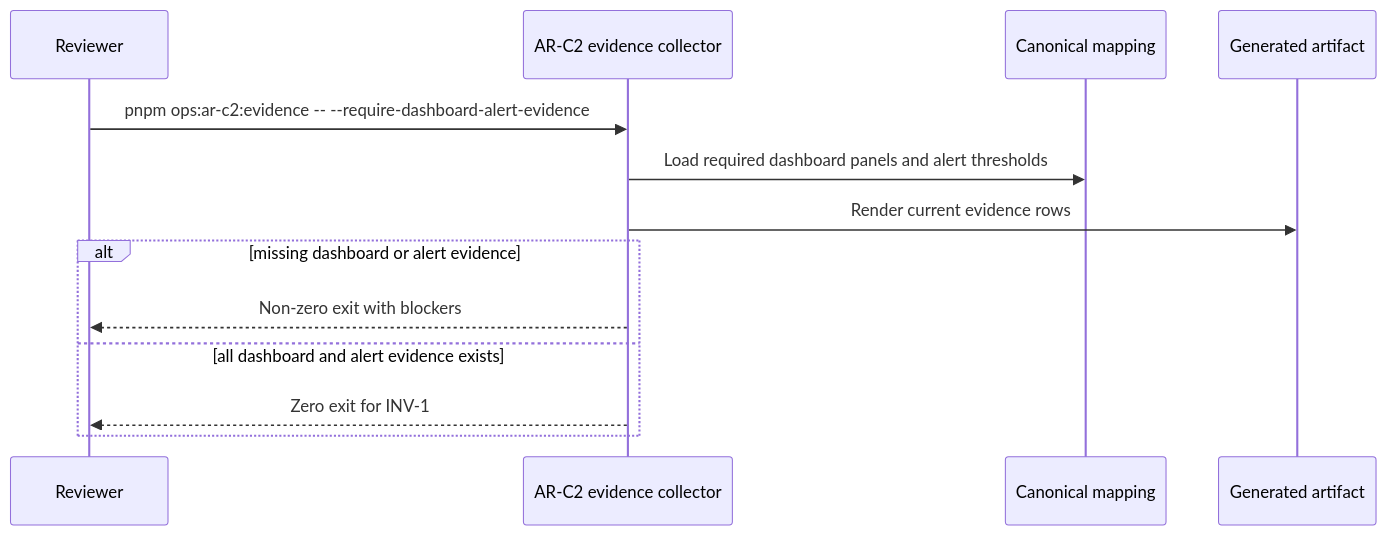
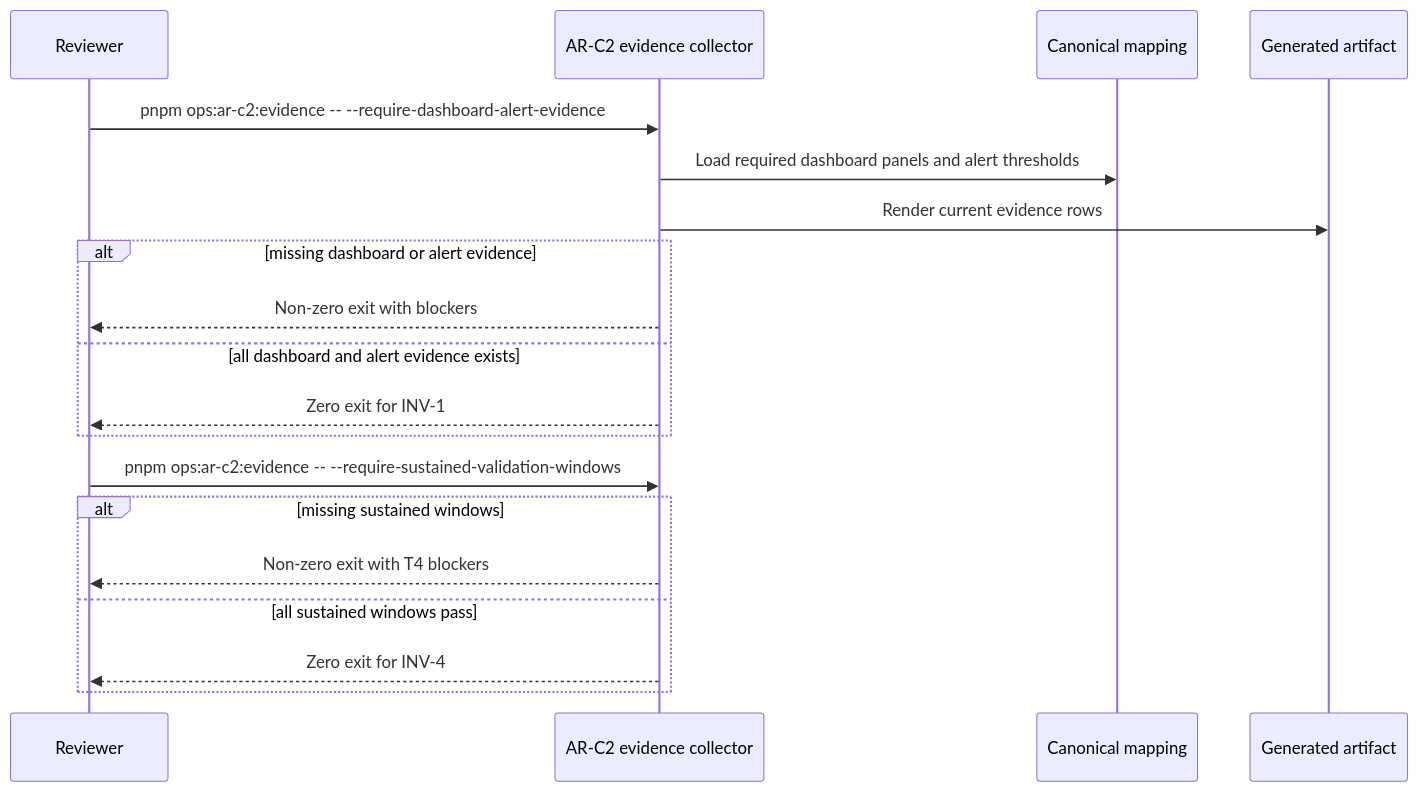
Before and after one commit to dunay2/dvt: the second of 2 diagrams in docs/architecture/components/engine/ops/ar-c2-immutable-evidence-gate-component.md, drawn with Mermaid. The commit also changed other lines of this file and 8 other files, not shown here.

Commit message:
fix(docs): Enforce AR-C2 sustained validation evidence

````diff
--- a/docs/architecture/components/engine/ops/ar-c2-immutable-evidence-gate-component.md
+++ b/docs/architecture/components/engine/ops/ar-c2-immutable-evidence-gate-component.md
@@ -94,16 +107,22 @@
 ```mermaid
 sequenceDiagram
   participant Reviewer
   participant Collector as AR-C2 evidence collector
   participant Mapping as Canonical mapping
   participant Artifact as Generated artifact
 
   Reviewer->>Collector: pnpm ops:ar-c2:evidence -- --require-dashboard-alert-evidence
   Collector->>Mapping: Load required dashboard panels and alert thresholds
   Collector->>Artifact: Render current evidence rows
   alt missing dashboard or alert evidence
     Collector-->>Reviewer: Non-zero exit with blockers
   else all dashboard and alert evidence exists
     Collector-->>Reviewer: Zero exit for INV-1
   end
+  Reviewer->>Collector: pnpm ops:ar-c2:evidence -- --require-sustained-validation-windows
+  alt missing sustained windows
+    Collector-->>Reviewer: Non-zero exit with T4 blockers
+  else all sustained windows pass
+    Collector-->>Reviewer: Zero exit for INV-4
+  end
 ```
````
